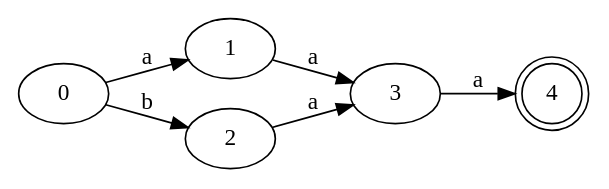
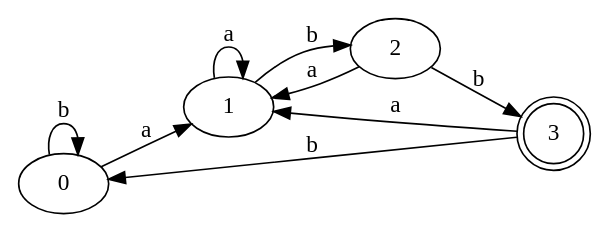
One commit to alv16106/compiler changed the diagram in test-output/automata.gv. Above: the diagram before and after it, drawn with Graphviz. The commit also changed 10 other files, not shown here.

```diff
--- a/test-output/automata.gv
+++ b/test-output/automata.gv
@@ -1,13 +1,15 @@
 digraph Automata {
 	rankdir=LR
 	0 [label=0]
 	0 -> 1 [label=a]
-	0 -> 2 [label=b]
+	0 -> 0 [label=b]
 	1 [label=1]
-	1 -> 3 [label=a]
+	1 -> 1 [label=a]
+	1 -> 2 [label=b]
 	2 [label=2]
-	2 -> 3 [label=a]
-	3 [label=3]
-	3 -> 4 [label=a]
-	4 [label=4 shape=doublecircle]
+	2 -> 1 [label=a]
+	2 -> 3 [label=b]
+	3 [label=3 shape=doublecircle]
+	3 -> 1 [label=a]
+	3 -> 0 [label=b]
 }
```
